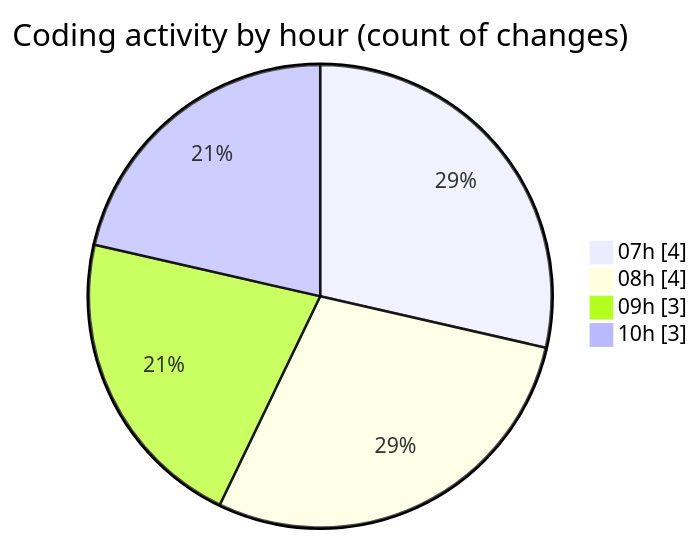
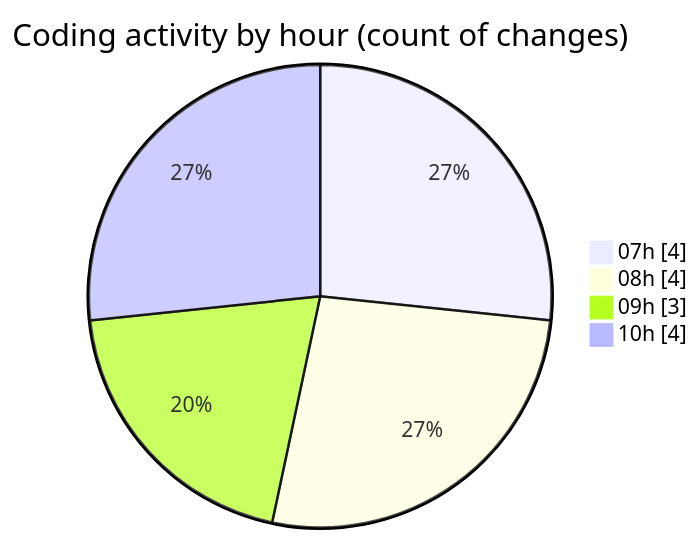
The second of 2 diagrams in 2025-09-16/totem2/README.md (LanceThiago/code-tracking), drawn with Mermaid before and after one commit. The commit also changed other lines of this file and 1 other file, not shown here.

````diff
--- a/2025-09-16/totem2/README.md
+++ b/2025-09-16/totem2/README.md
@@ -29,8 +29,8 @@
 ```mermaid
 pie showData
 title Coding activity by hour (count of changes)
 "07h" : 4
 "08h" : 4
 "09h" : 3
-"10h" : 3
+"10h" : 4
 ```
````
